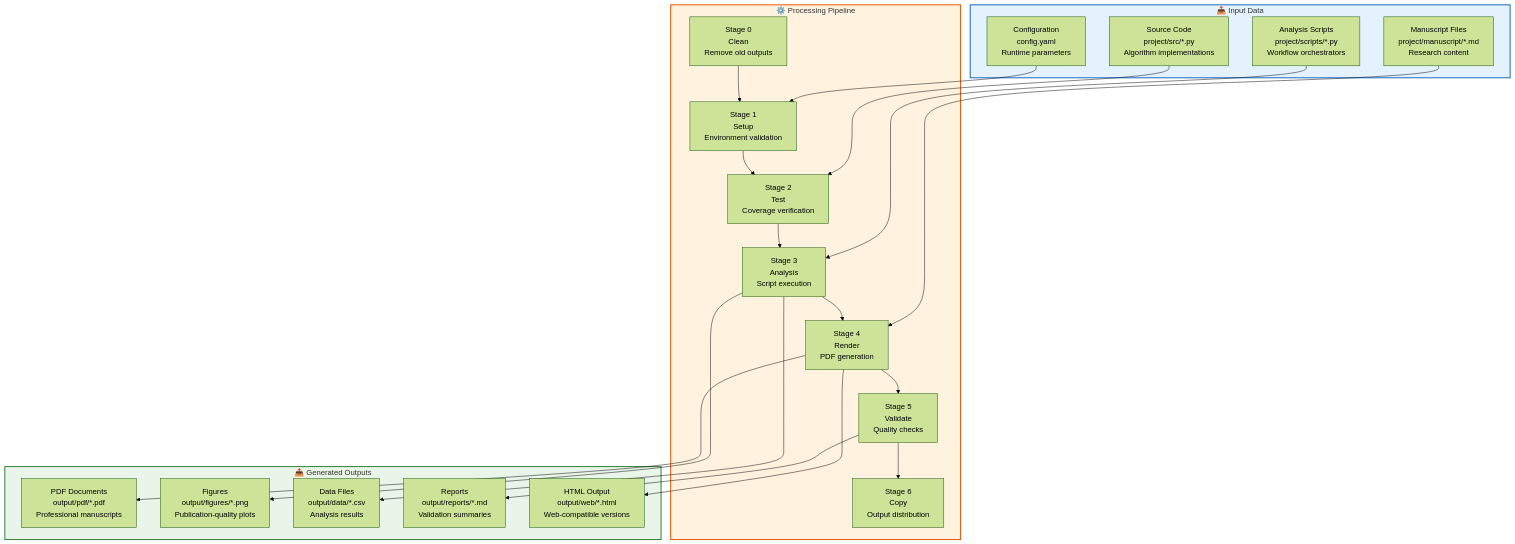
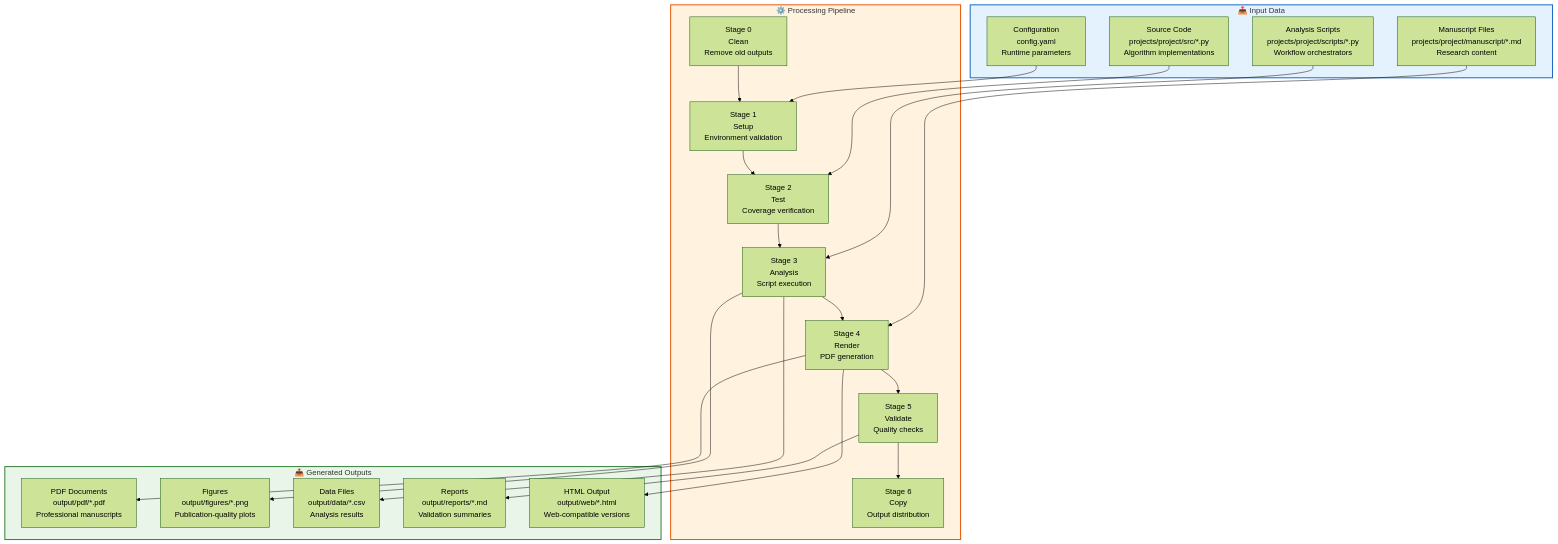
One commit to docxology/template changed the eighth of 13 diagrams in README.md. Above: the diagram before and after it, drawn with Mermaid (forest theme). The commit also changed other lines of this file and 512 other files, not shown here.

````diff
--- a/README.md
+++ b/README.md
@@ -549,48 +549,48 @@
 ```mermaid
 flowchart TD
     subgraph Input["📥 Input Data"]
-        SOURCE_CODE[Source Code<br/>project/src/*.py<br/>Algorithm implementations]
-        ANALYSIS_SCRIPTS[Analysis Scripts<br/>project/scripts/*.py<br/>Workflow orchestrators]
-        MANUSCRIPT_FILES[Manuscript Files<br/>project/manuscript/*.md<br/>Research content]
+        SOURCE_CODE[Source Code<br/>projects/project/src/*.py<br/>Algorithm implementations]
+        ANALYSIS_SCRIPTS[Analysis Scripts<br/>projects/project/scripts/*.py<br/>Workflow orchestrators]
+        MANUSCRIPT_FILES[Manuscript Files<br/>projects/project/manuscript/*.md<br/>Research content]
         CONFIG_FILES[Configuration<br/>config.yaml<br/>Runtime parameters]
     end
 
     subgraph Processing["⚙️ Processing Pipeline"]
         STAGE0[Stage 0<br/>Clean<br/>Remove old outputs]
         STAGE1[Stage 1<br/>Setup<br/>Environment validation]
         STAGE2[Stage 2<br/>Test<br/>Coverage verification]
         STAGE3[Stage 3<br/>Analysis<br/>Script execution]
         STAGE4[Stage 4<br/>Render<br/>PDF generation]
         STAGE5[Stage 5<br/>Validate<br/>Quality checks]
         STAGE6[Stage 6<br/>Copy<br/>Output distribution]
     end
 
     subgraph Output["📤 Generated Outputs"]
         PDF_DOCS[PDF Documents<br/>output/pdf/*.pdf<br/>Professional manuscripts]
         FIGURES[Figures<br/>output/figures/*.png<br/>Publication-quality plots]
         DATA_FILES[Data Files<br/>output/data/*.csv<br/>Analysis results]
         REPORTS[Reports<br/>output/reports/*.md<br/>Validation summaries]
         HTML_OUTPUT[HTML Output<br/>output/web/*.html<br/>Web-compatible versions]
     end
 
     SOURCE_CODE --> STAGE2
     ANALYSIS_SCRIPTS --> STAGE3
     MANUSCRIPT_FILES --> STAGE4
     CONFIG_FILES --> STAGE1
 
     STAGE0 --> STAGE1 --> STAGE2 --> STAGE3 --> STAGE4 --> STAGE5 --> STAGE6
 
     STAGE3 --> FIGURES
     STAGE3 --> DATA_FILES
     STAGE4 --> PDF_DOCS
     STAGE4 --> HTML_OUTPUT
     STAGE5 --> REPORTS
 
     classDef input fill:#e3f2fd,stroke:#1565c0,stroke-width:2px
     classDef process fill:#fff3e0,stroke:#e65100,stroke-width:2px
     classDef output fill:#e8f5e8,stroke:#2e7d32,stroke-width:2px
 
     class Input input
     class Processing process
     class Output output
 ```
````
